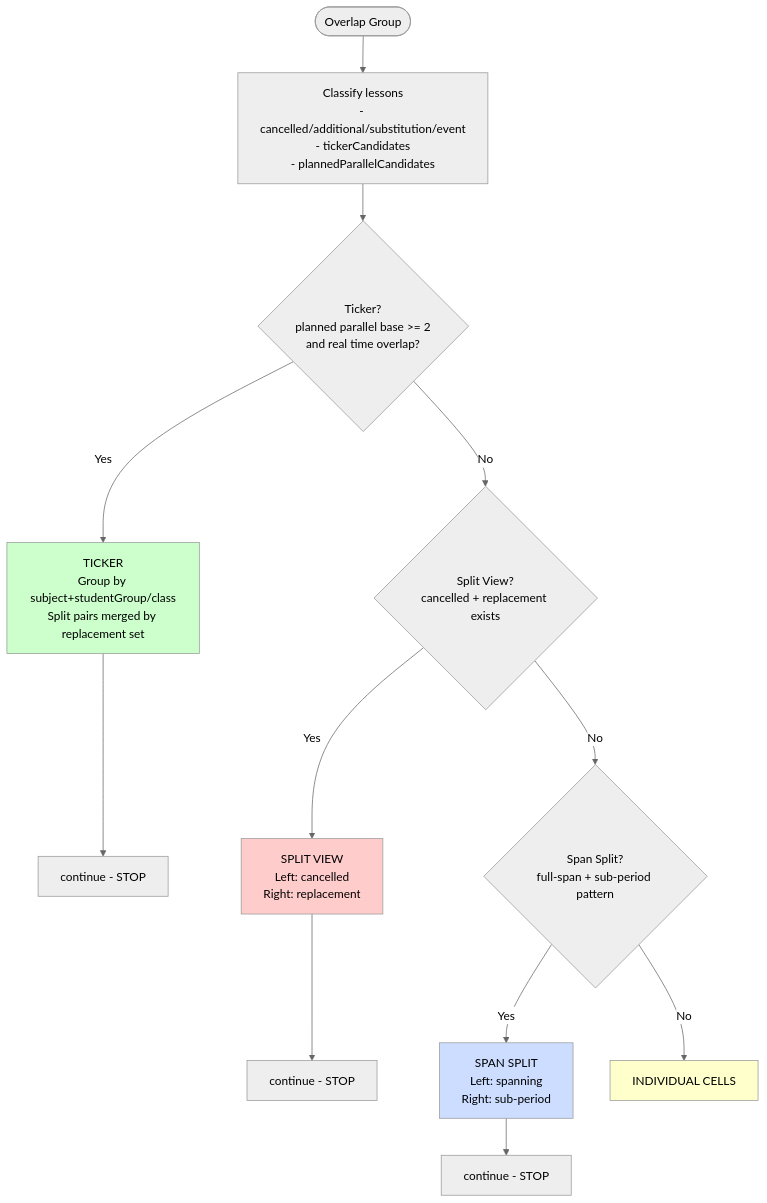
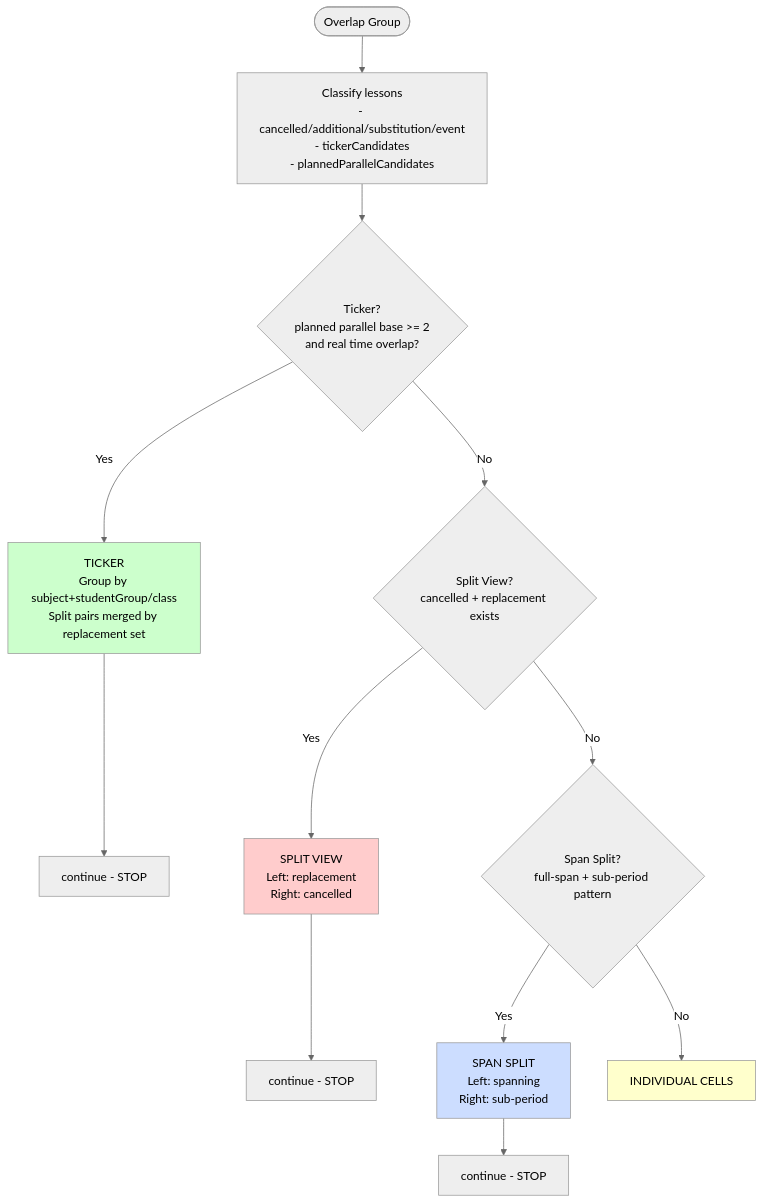
The diagram in docs/GRID_RENDERING_LOGIC.md (HeikoGr/MMM-Webuntis), drawn with Mermaid (neutral theme) before and after one commit. The commit also changed other lines of this file and 16 other files, not shown here.

````diff
--- a/docs/GRID_RENDERING_LOGIC.md
+++ b/docs/GRID_RENDERING_LOGIC.md
@@ -86,23 +92,23 @@
 ```mermaid
 flowchart TD
     Start([Overlap Group]) --> Classify[Classify lessons\n- cancelled/additional/substitution/event\n- tickerCandidates\n- plannedParallelCandidates]
 
     Classify --> CheckTicker{Ticker?\nplanned parallel base >= 2\nand real time overlap?}
     CheckTicker -->|Yes| Ticker[TICKER\nGroup by subject+studentGroup/class\nSplit pairs merged by replacement set]
     Ticker --> Stop1[continue - STOP]
 
     CheckTicker -->|No| CheckSplit{Split View?\ncancelled + replacement exists}
-    CheckSplit -->|Yes| Split[SPLIT VIEW\nLeft: cancelled\nRight: replacement]
+    CheckSplit -->|Yes| Split[SPLIT VIEW\nLeft: replacement\nRight: cancelled]
     Split --> Stop2[continue - STOP]
 
     CheckSplit -->|No| CheckSpan{Span Split?\nfull-span + sub-period pattern}
     CheckSpan -->|Yes| Span[SPAN SPLIT\nLeft: spanning\nRight: sub-period]
     Span --> Stop3[continue - STOP]
 
     CheckSpan -->|No| Individual[INDIVIDUAL CELLS]
 
     style Ticker fill:#ccffcc
     style Split fill:#ffcccc
     style Span fill:#ccddff
     style Individual fill:#ffffcc
 ```
````
